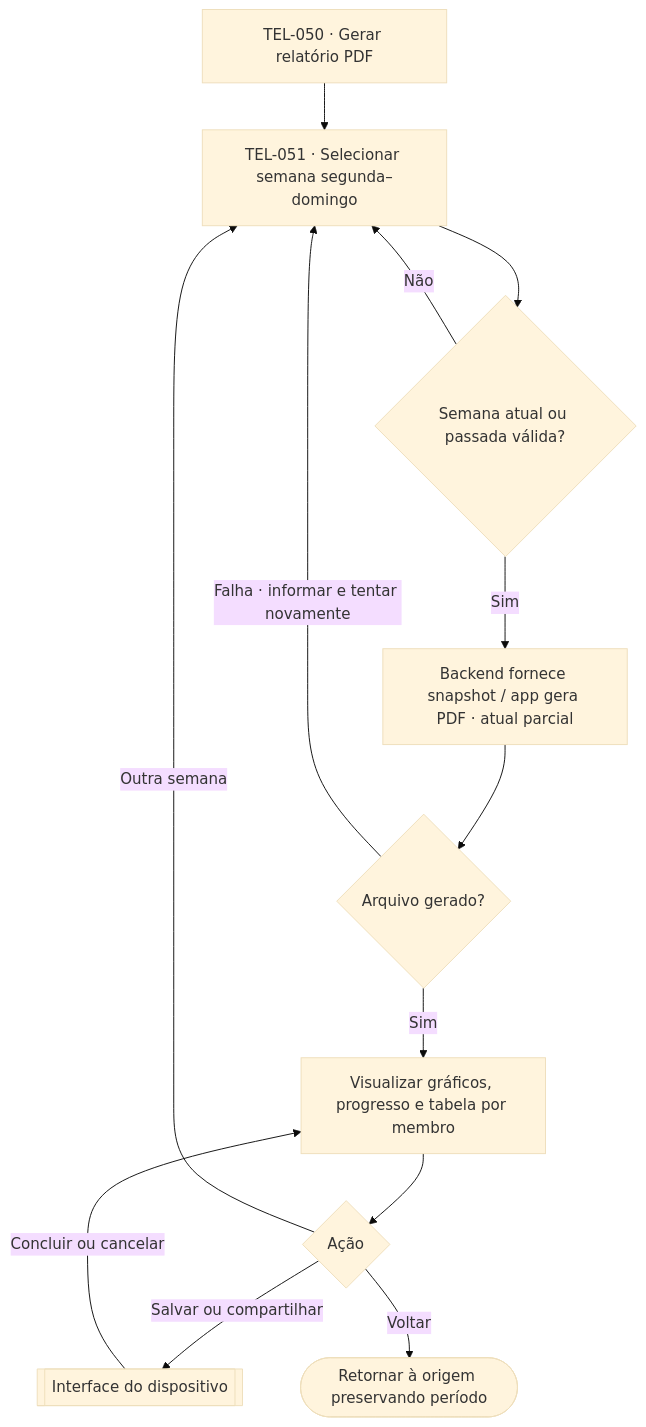
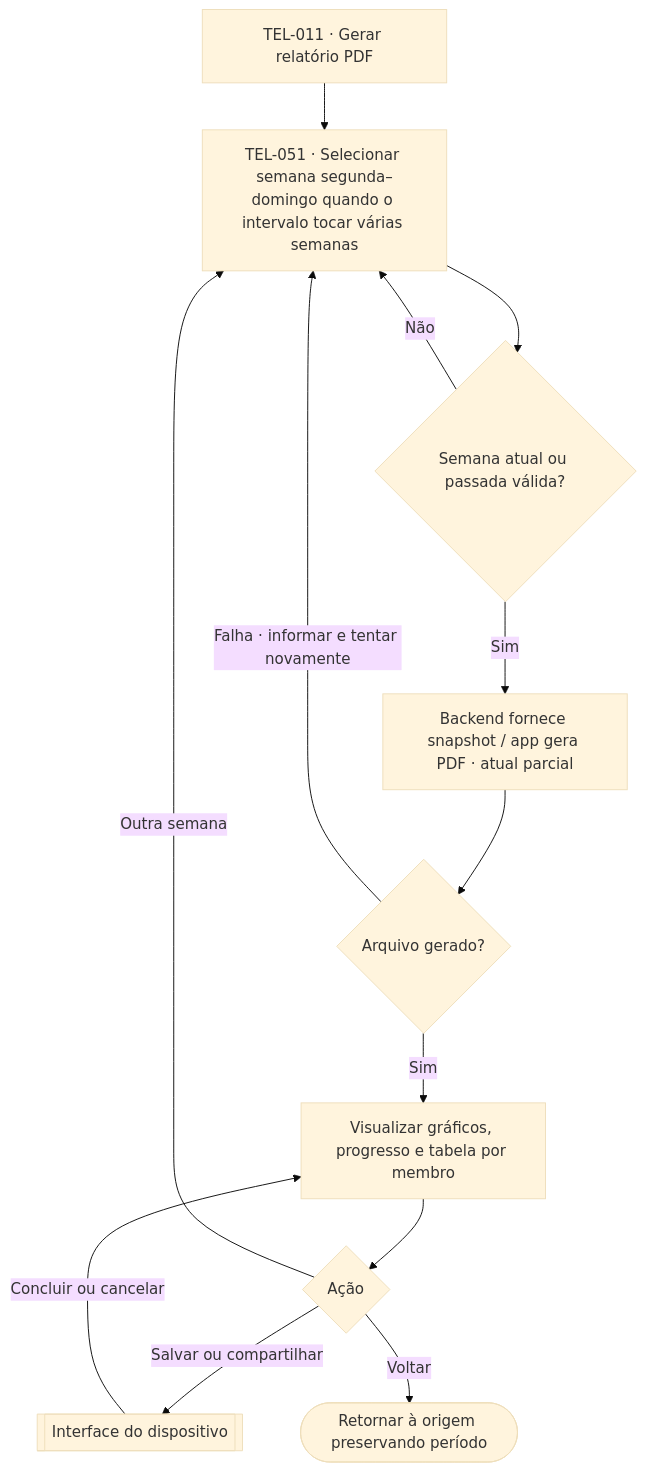
Diagram 14 of 16 in docs/design/user-flows.md (lizandramalta/App-Rotina-Familiar), drawn with Mermaid (base theme) before and after one commit. The commit also changed other lines of this file and 94 other files, not shown here.

````diff
--- a/docs/design/user-flows.md
+++ b/docs/design/user-flows.md
@@ -526,15 +527,15 @@
 ```mermaid
 flowchart TD
-    A["TEL-050 · Gerar relatório PDF"] --> B["TEL-051 · Selecionar semana segunda–domingo"]
+    A["TEL-011 · Gerar relatório PDF"] --> B["TEL-051 · Selecionar semana segunda–domingo quando o intervalo tocar várias semanas"]
     B --> C{"Semana atual ou passada válida?"}
     C -->|Não| B
     C -->|Sim| D["Backend fornece snapshot / app gera PDF · atual parcial"]
     D --> E{"Arquivo gerado?"}
     E -->|Falha · informar e tentar novamente| B
     E -->|Sim| F["Visualizar gráficos, progresso e tabela por membro"]
     F --> G{"Ação"}
     G -->|Salvar ou compartilhar| H[["Interface do dispositivo"]]
     H -->|Concluir ou cancelar| F
     G -->|Outra semana| B
     G -->|Voltar| I(["Retornar à origem preservando período"])
 ```
````
